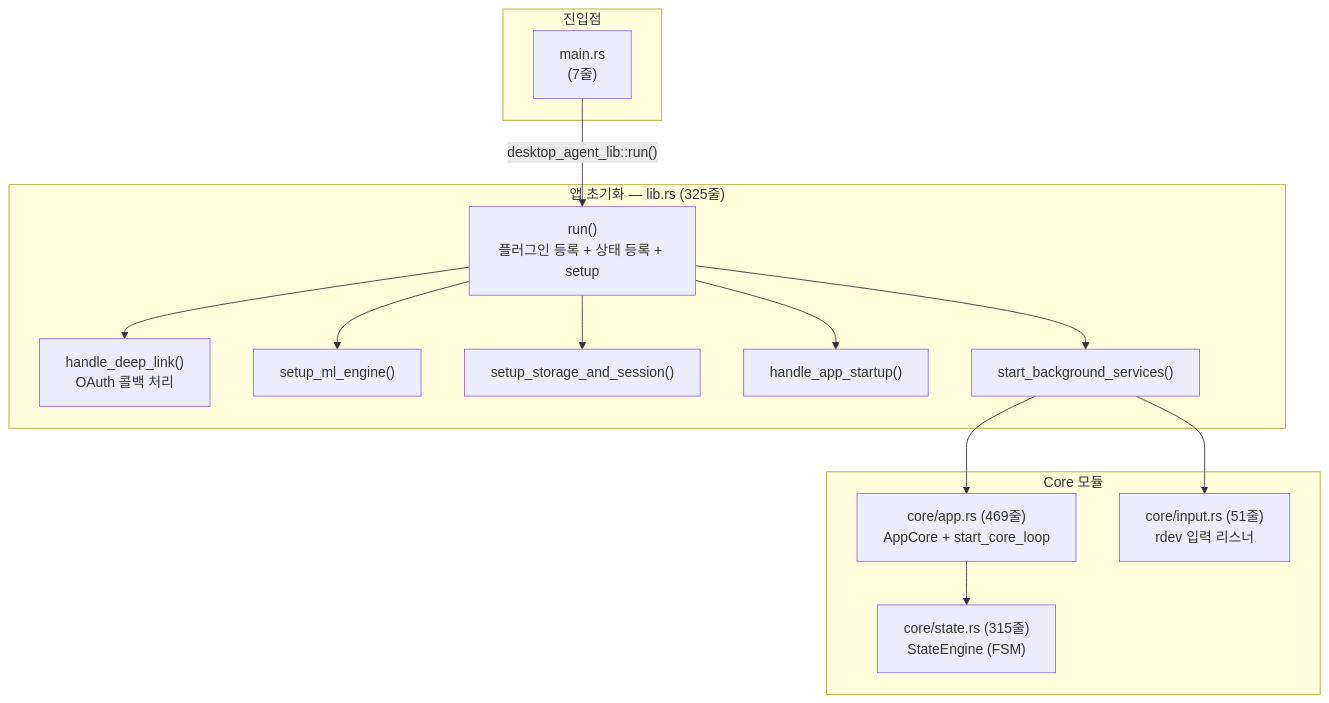
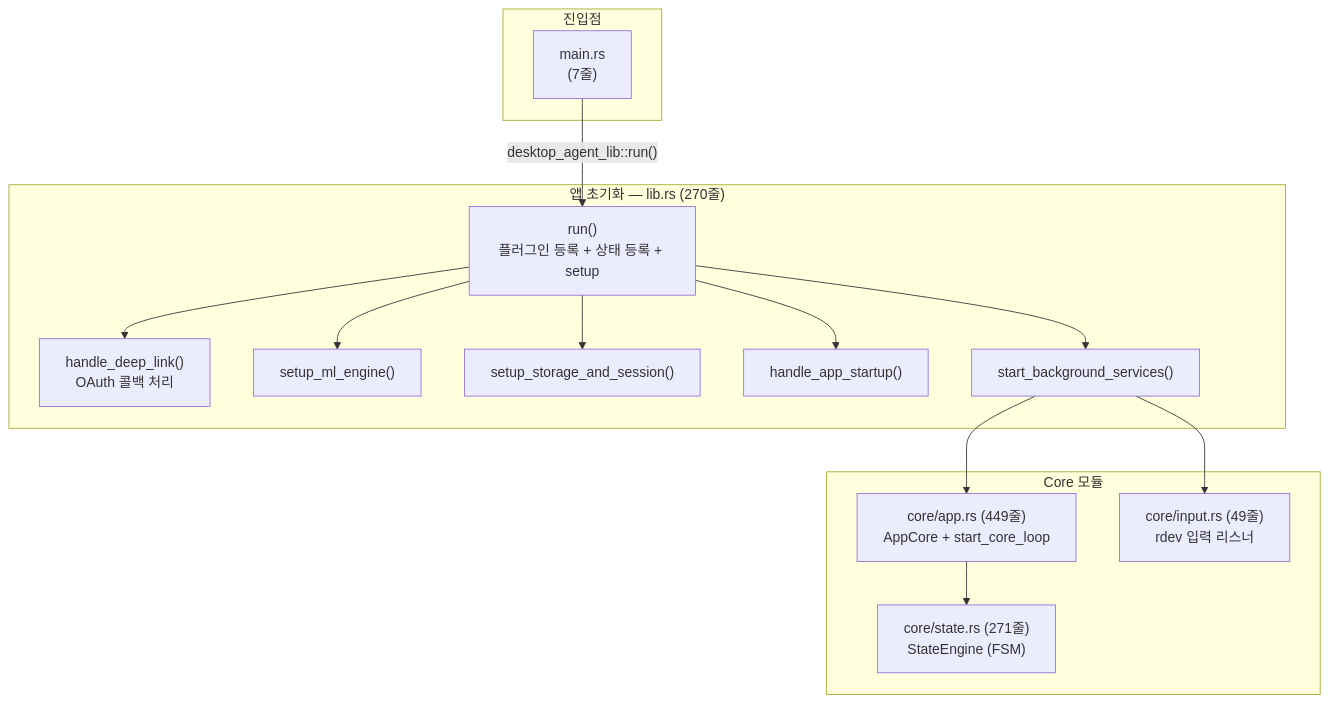
One commit to igoobo/Force-Focus changed the first of 4 diagrams in desktop-agent/docs/02-backend/core.md. Above: the diagram before and after it, drawn with Mermaid. The commit also changed other lines of this file and 13 other files, not shown here.

````diff
--- a/desktop-agent/docs/02-backend/core.md
+++ b/desktop-agent/docs/02-backend/core.md
@@ -10,31 +11,31 @@
 ```mermaid
 graph TB
     subgraph "진입점"
         MAIN["main.rs<br/>(7줄)"]
     end
 
-    subgraph "앱 초기화 — lib.rs (325줄)"
+    subgraph "앱 초기화 — lib.rs (270줄)"
         RUN["run()<br/>플러그인 등록 + 상태 등록 + setup"]
         DL["handle_deep_link()<br/>OAuth 콜백 처리"]
         SETUP_ML["setup_ml_engine()"]
         SETUP_STORAGE["setup_storage_and_session()"]
         STARTUP["handle_app_startup()"]
         BG["start_background_services()"]
     end
 
     subgraph "Core 모듈"
-        APP["core/app.rs (469줄)<br/>AppCore + start_core_loop"]
-        STATE["core/state.rs (315줄)<br/>StateEngine (FSM)"]
-        INPUT["core/input.rs (51줄)<br/>rdev 입력 리스너"]
+        APP["core/app.rs (449줄)<br/>AppCore + start_core_loop"]
+        STATE["core/state.rs (271줄)<br/>StateEngine (FSM)"]
+        INPUT["core/input.rs (49줄)<br/>rdev 입력 리스너"]
     end
 
     MAIN -->|"desktop_agent_lib::run()"| RUN
     RUN --> SETUP_ML
     RUN --> SETUP_STORAGE
     RUN --> STARTUP
     RUN --> BG
     RUN --> DL
     BG --> APP
     BG --> INPUT
     APP --> STATE
 ```
````
